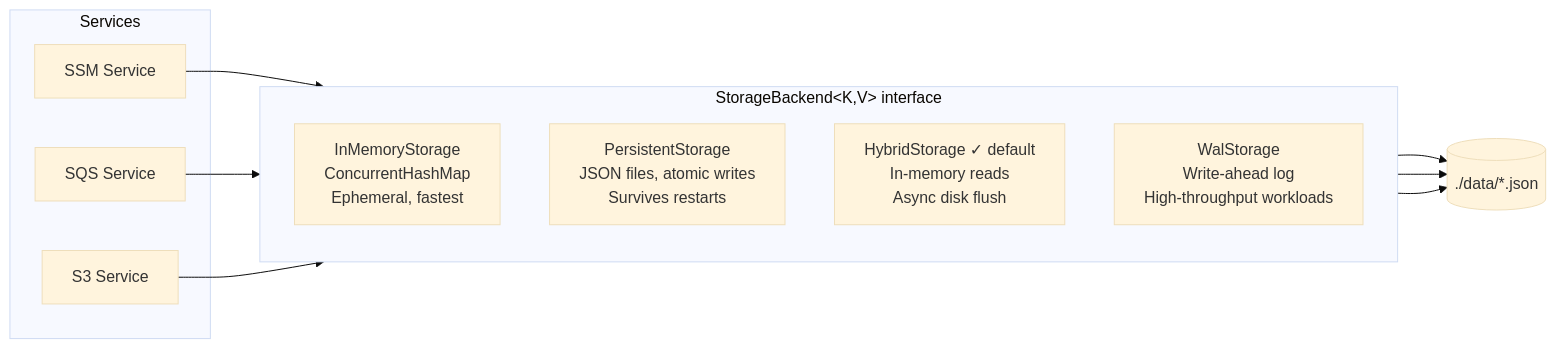
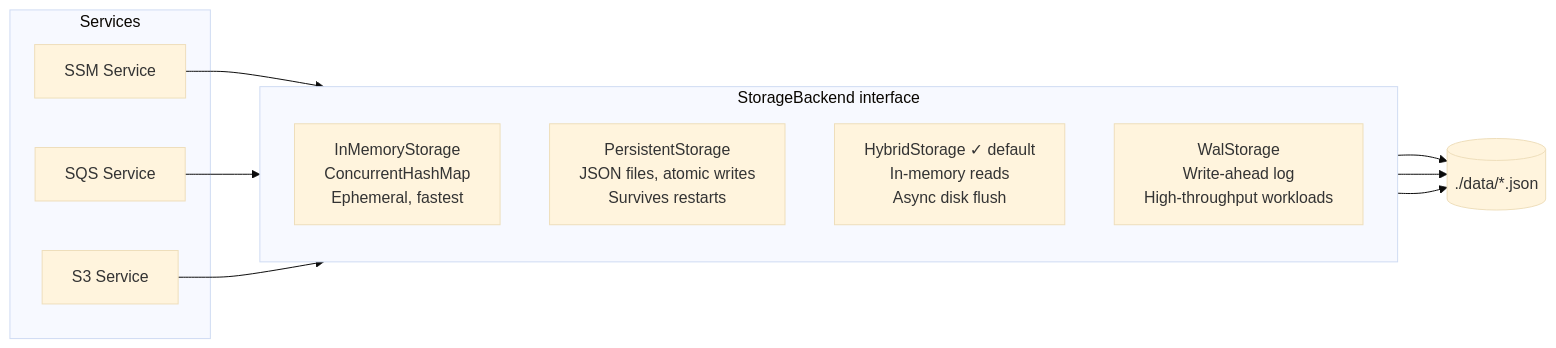
Before and after one commit to hectorvent/hectorvent.github.io: the third of 5 diagrams in content/posts/introducing-floci.md, drawn with Mermaid (base theme). The commit also changed other lines of this file and 14 other files, not shown here.

````diff
--- a/content/posts/introducing-floci.md
+++ b/content/posts/introducing-floci.md
@@ -122,23 +122,23 @@
 ```mermaid
-graph LR
+flowchart LR
     subgraph Services
         SSM2["SSM Service"]
         SQS2["SQS Service"]
         S32["S3 Service"]
     end
 
-    subgraph StorageBackend["StorageBackend&lt;K,V&gt; interface"]
+    subgraph SB ["StorageBackend interface"]
         direction TB
-        IM["InMemoryStorage\nConcurrentHashMap\nEphemeral, fastest"]
-        PS["PersistentStorage\nJSON files, atomic writes\nSurvives restarts"]
-        HS["HybridStorage ✓ default\nIn-memory reads\nAsync disk flush"]
-        WS["WalStorage\nWrite-ahead log\nHigh-throughput workloads"]
+        IM["InMemoryStorage<br/>ConcurrentHashMap<br/>Ephemeral, fastest"]
+        PS["PersistentStorage<br/>JSON files, atomic writes<br/>Survives restarts"]
+        HS["HybridStorage ✓ default<br/>In-memory reads<br/>Async disk flush"]
+        WS["WalStorage<br/>Write-ahead log<br/>High-throughput workloads"]
     end
 
     SSM2 --> HS
     SQS2 --> IM
     S32 --> HS
     HS --> Disk[("./data/*.json")]
     PS --> Disk
     WS --> Disk
 ```
````
